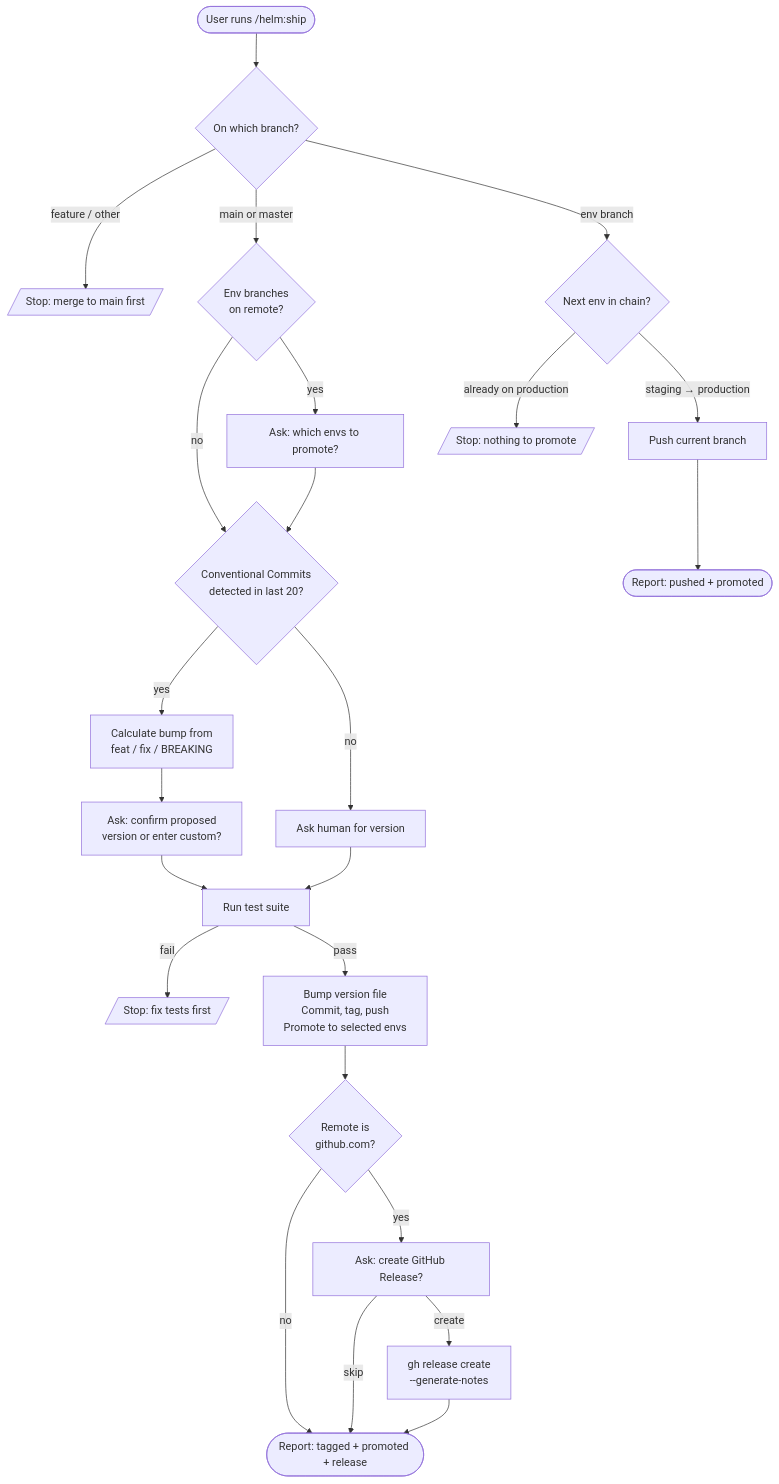
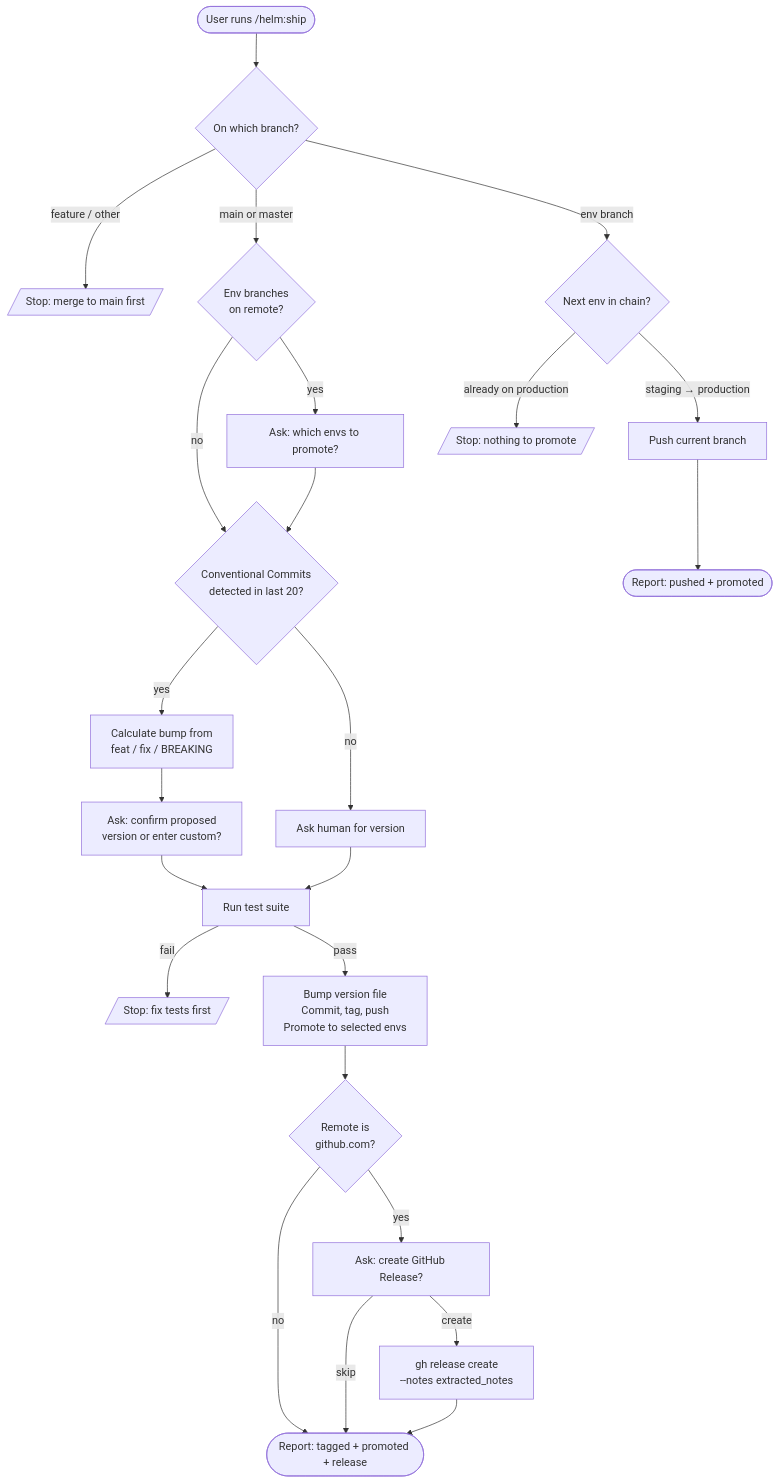
The diagram in docs/commands/ship.md (myowinthein/agent-helm), drawn with Mermaid before and after one commit. The commit also changed other lines of this file and 2 other files, not shown here.

Commit message:
fix(docs): correct 3 stale references found in scoped verification pass

````diff
--- a/docs/commands/ship.md
+++ b/docs/commands/ship.md
@@ -13,30 +13,30 @@
 ```mermaid
 flowchart TD
   Start([User runs /helm:ship]) --> Branch{On which branch?}
   Branch -->|feature / other| FeatStop[/Stop: merge to main first/]
   Branch -->|main or master| Targets{Env branches<br/>on remote?}
   Branch -->|env branch| EnvNext{Next env in chain?}
 
   Targets -->|yes| Pick[Ask: which envs to promote?]
   Targets -->|no| CC
   Pick --> CC{Conventional Commits<br/>detected in last 20?}
 
   CC -->|yes| Calc[Calculate bump from<br/>feat / fix / BREAKING]
   CC -->|no| AskVersion[Ask human for version]
   Calc --> Confirm[Ask: confirm proposed<br/>version or enter custom?]
   Confirm --> Tests
   AskVersion --> Tests
 
   Tests[Run test suite] -->|fail| TestStop[/Stop: fix tests first/]
   Tests -->|pass| Release[Bump version file<br/>Commit, tag, push<br/>Promote to selected envs]
   Release --> GHCheck{Remote is<br/>github.com?}
   GHCheck -->|no| MainDone
   GHCheck -->|yes| GHConfirm[Ask: create GitHub Release?]
   GHConfirm -->|skip| MainDone
-  GHConfirm -->|create| GHRelease[gh release create<br/>--generate-notes]
+  GHConfirm -->|create| GHRelease[gh release create<br/>--notes extracted_notes]
   GHRelease --> MainDone([Report: tagged + promoted + release])
 
   EnvNext -->|staging → production| EnvPush[Push current branch]
   EnvNext -->|already on production| EnvStop[/Stop: nothing to promote/]
   EnvPush --> EnvDone([Report: pushed + promoted])
 ```
````
